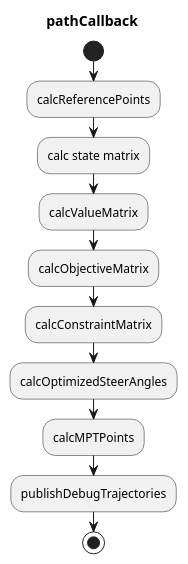
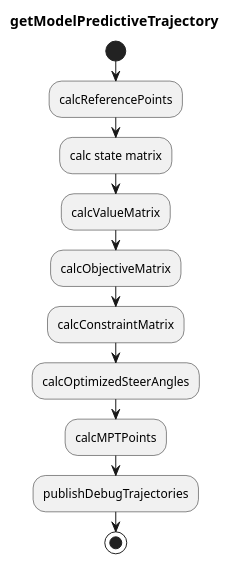
One commit to autowarefoundation/autoware.universe changed the diagram in planning/obstacle_avoidance_planner/docs/mpt.md. Above: the diagram before and after it, drawn with PlantUML. The commit also changed 5 other files, not shown here.

````diff
--- a/planning/obstacle_avoidance_planner/docs/mpt.md
+++ b/planning/obstacle_avoidance_planner/docs/mpt.md
@@ -17,24 +17,24 @@
 ```plantuml
 @startuml
-title pathCallback
+title getModelPredictiveTrajectory
 start
 
 :calcReferencePoints;
 
 :calc state matrix;
 
 :calcValueMatrix;
 
 :calcObjectiveMatrix;
 
 :calcConstraintMatrix;
 
 :calcOptimizedSteerAngles;
 
 :calcMPTPoints;
 
 :publishDebugTrajectories;
 
 stop
 @enduml
 ```
````
